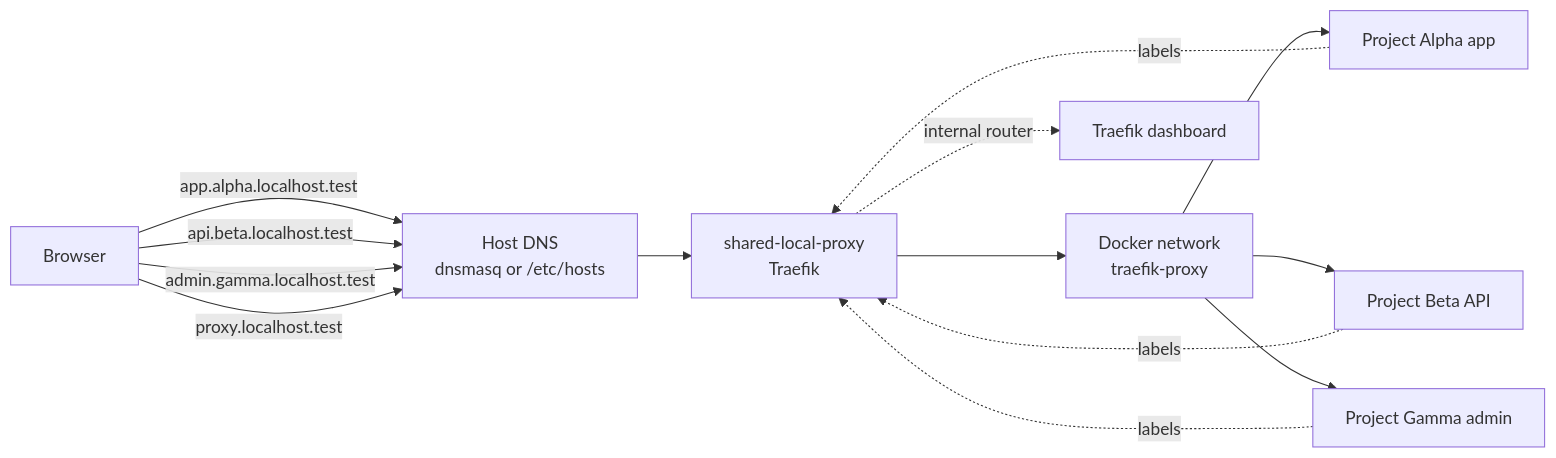
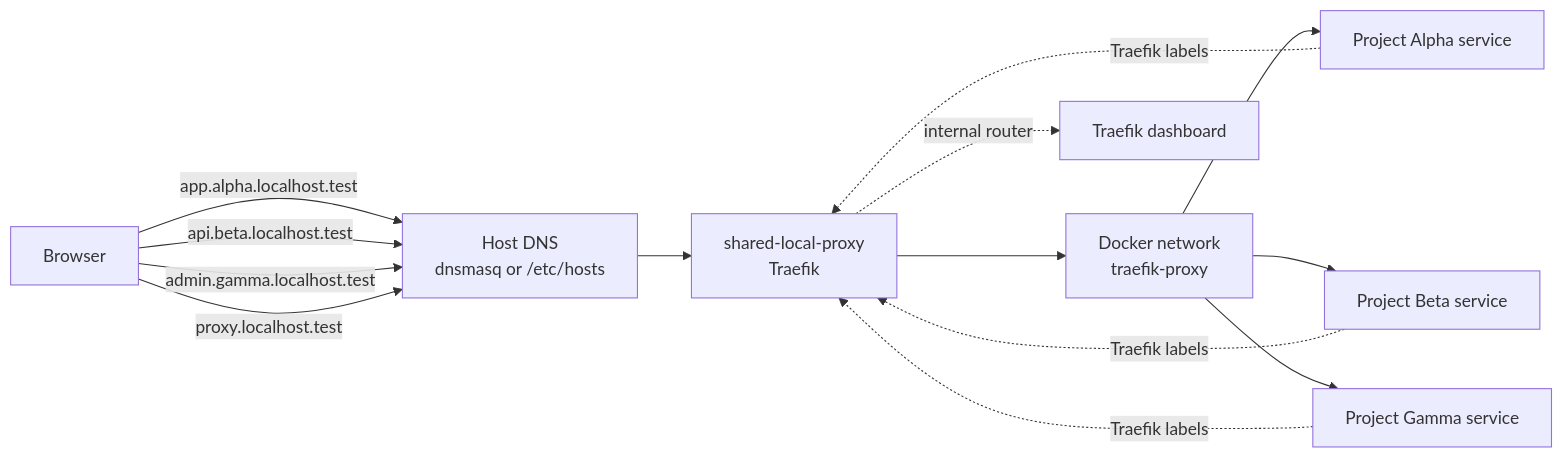
The diagram in README.md (opkod-france/local-proxy), drawn with Mermaid before and after one commit. The commit also changed other lines of this file, not shown here.

````diff
--- a/README.md
+++ b/README.md
@@ -53,23 +88,24 @@
 ```mermaid
 flowchart LR
     Browser[Browser]
     DNS[Host DNS<br/>dnsmasq or /etc/hosts]
     Proxy[shared-local-proxy<br/>Traefik]
     Network[Docker network<br/>traefik-proxy]
 
     Browser -->|app.alpha.localhost.test| DNS
     Browser -->|api.beta.localhost.test| DNS
     Browser -->|admin.gamma.localhost.test| DNS
     Browser -->|proxy.localhost.test| DNS
+
     DNS --> Proxy
     Proxy --> Network
 
-    Network --> Alpha[Project Alpha app]
-    Network --> Beta[Project Beta API]
-    Network --> Gamma[Project Gamma admin]
+    Network --> Alpha[Project Alpha service]
+    Network --> Beta[Project Beta service]
+    Network --> Gamma[Project Gamma service]
 
-    Alpha -. labels .-> Proxy
-    Beta -. labels .-> Proxy
-    Gamma -. labels .-> Proxy
+    Alpha -. Traefik labels .-> Proxy
+    Beta -. Traefik labels .-> Proxy
+    Gamma -. Traefik labels .-> Proxy
     Proxy -. internal router .-> Dashboard[Traefik dashboard]
 ```
````
